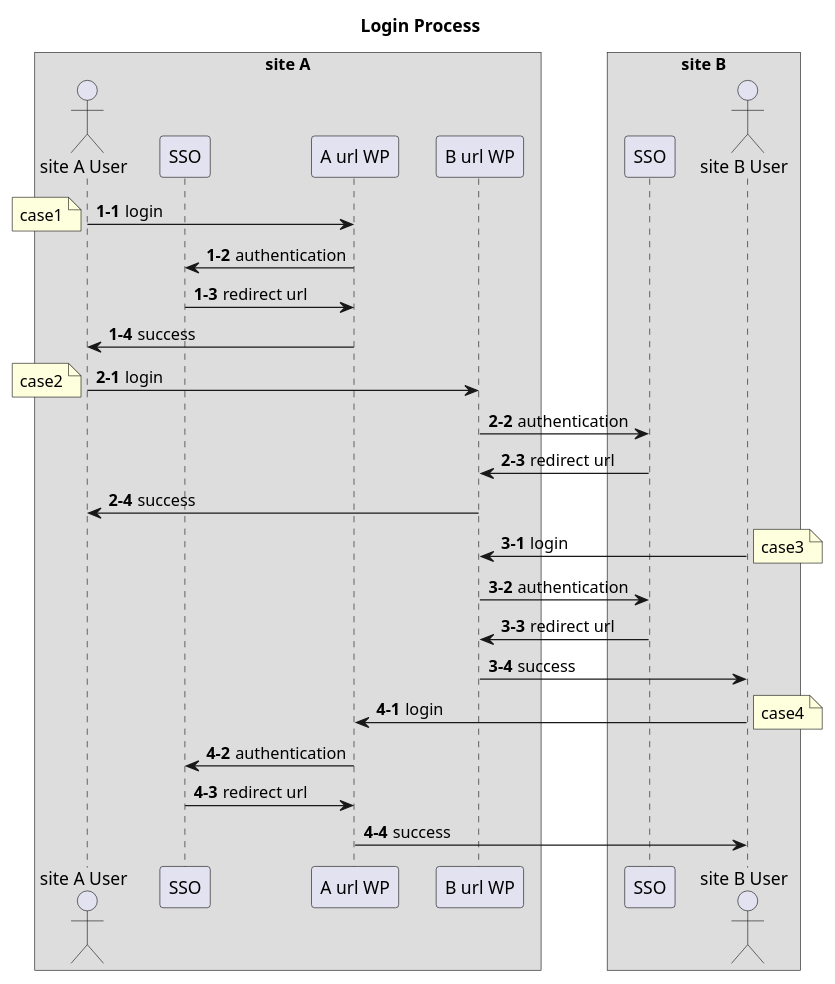
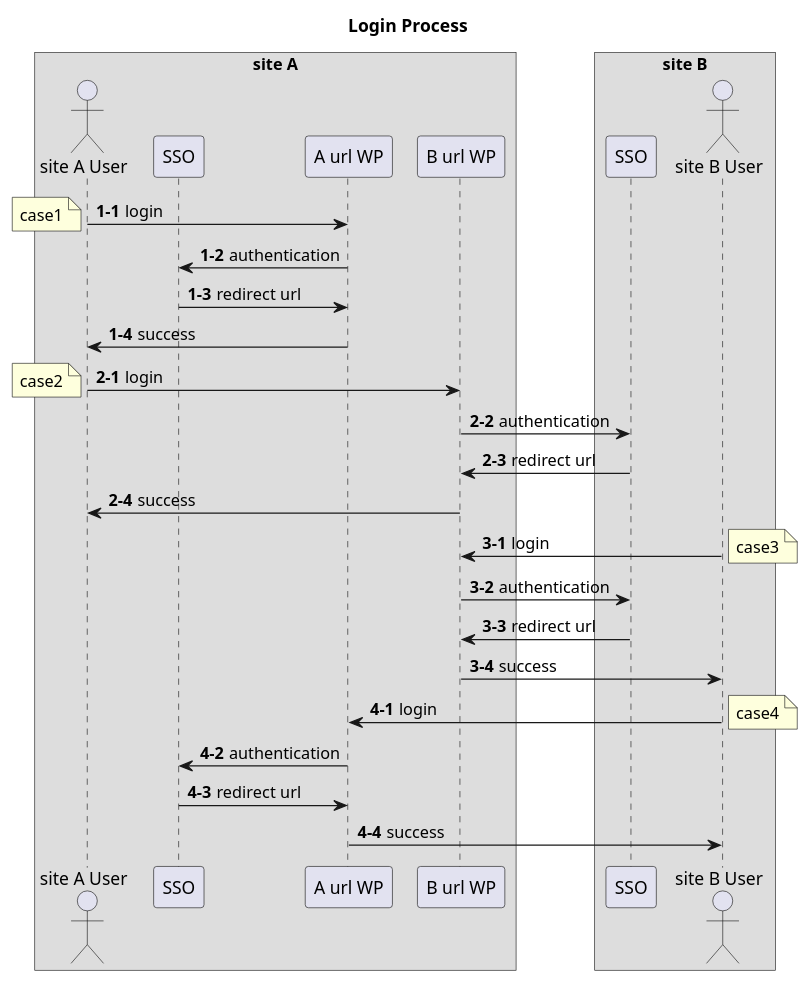
The third of 5 diagrams in docs/src/multi-cloud/diagram.md (kloudbank/htdp1.github.io), drawn with PlantUML before and after one commit. The commit also changed other lines of this file, not shown here.

```diff
--- a/docs/src/multi-cloud/diagram.md
+++ b/docs/src/multi-cloud/diagram.md
@@ -78,44 +71,44 @@
 @startuml
 
 scale 1
-skinparam ParticipantPadding 10
-skinparam BoxPadding 10
+skinparam ParticipantPadding 5
+skinparam BoxPadding 5
 title "Login Process"
 
 box "site A"
 actor "site A User" as a_user
 participant SSO as a_sso
 participant "A url WP" as a_wp
 participant "B url WP" as b_wp
 end box
 box "site B"
 participant SSO as b_sso
 actor "site B User" as b_user
 end box
 
 autonumber 1-1
 a_user -> a_wp : login
 note left : case1
 a_wp -> a_sso : authentication
 a_sso -> a_wp : redirect url
 a_wp -> a_user : success
 autonumber 2-1
 a_user -> b_wp : login
 note left : case2
 b_wp -> b_sso : authentication
 b_sso -> b_wp : redirect url
 b_wp -> a_user : success
 autonumber 3-1
 b_user -> b_wp : login
 note right : case3
 b_wp -> b_sso : authentication
 b_sso -> b_wp : redirect url
 b_wp -> b_user : success
 autonumber 4-1
 b_user -> a_wp : login
 note right : case4
 a_wp -> a_sso : authentication
 a_sso -> a_wp : redirect url
 a_wp -> b_user : success
 
 @enduml
```
